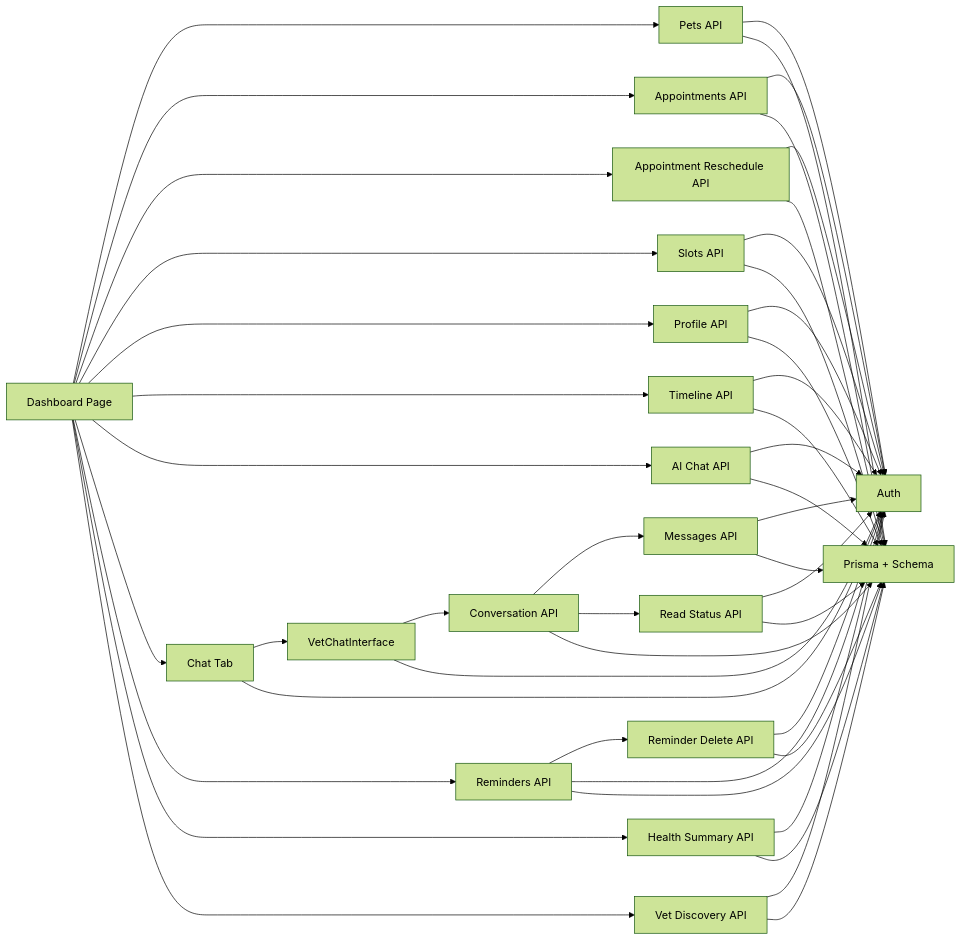
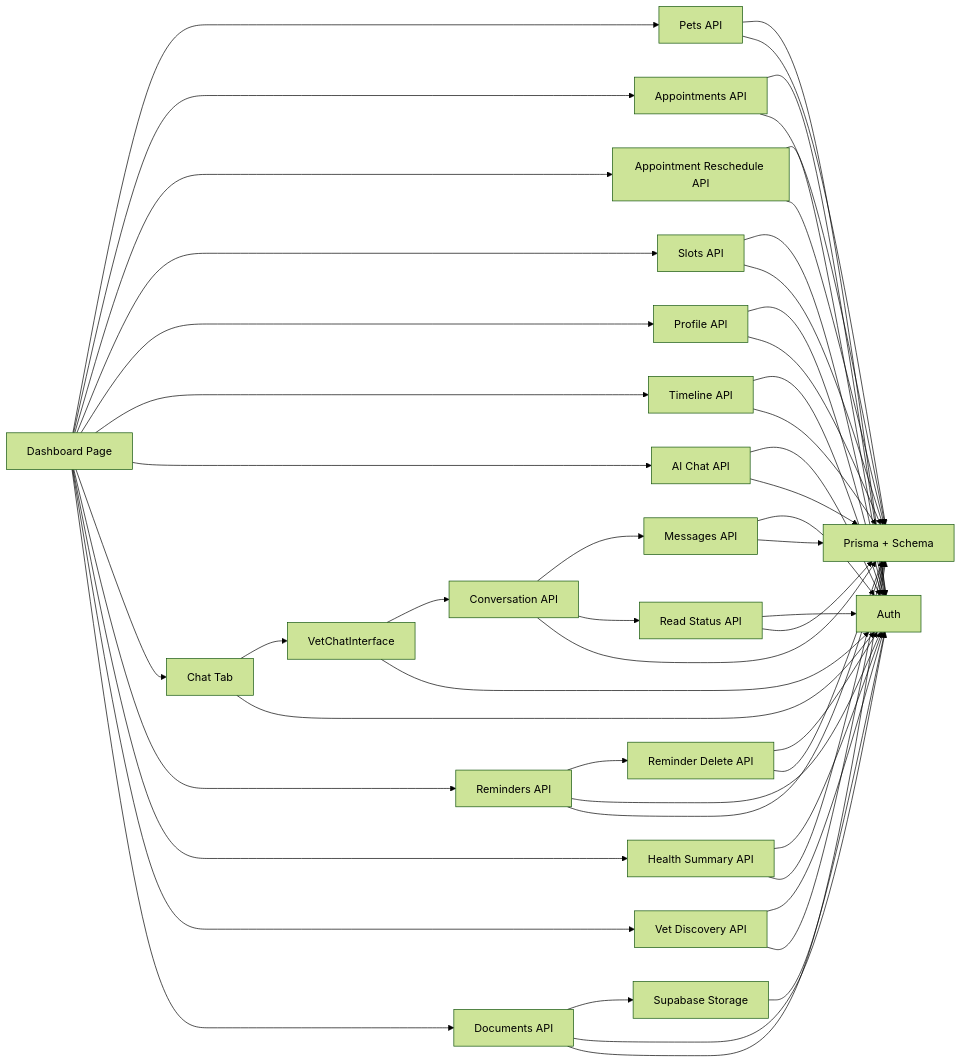
The third of 3 diagrams in .qoder/repowiki/en/content/User Dashboards/Pet Owner Dashboard.md (Javeria-Javaid/ai-powered-pet-healthcare-ecosystem), drawn with Mermaid (forest theme) before and after one commit. The commit also changed other lines of this file and 54 other files, not shown here.

````diff
--- a/.qoder/repowiki/en/content/User Dashboards/Pet Owner Dashboard.md
+++ b/.qoder/repowiki/en/content/User Dashboards/Pet Owner Dashboard.md
@@ -498,48 +566,53 @@
 ```mermaid
 graph LR
 D["Dashboard Page"] --> P["Pets API"]
 D --> A["Appointments API"]
 D --> AR["Appointment Reschedule API"]
 D --> AS["Slots API"]
 D --> R["Profile API"]
 D --> T["Timeline API"]
 D --> C["AI Chat API"]
 D --> CH["Chat Tab"]
 D --> RM["Reminders API"]
 D --> HS["Health Summary API"]
 D --> VD["Vet Discovery API"]
+D --> DM["Documents API"]
 CH --> VCI["VetChatInterface"]
 VCI --> CA["Conversation API"]
 CA --> M["Messages API"]
 CA --> RD["Read Status API"]
 RM --> RMD["Reminder Delete API"]
+DM --> DS["Supabase Storage"]
 P --> AUTH["Auth"]
 A --> AUTH
 AR --> AUTH
 AS --> AUTH
 R --> AUTH
 T --> AUTH
 C --> AUTH
 CH --> AUTH
 VCI --> AUTH
 M --> AUTH
 RD --> AUTH
 RM --> AUTH
 RMD --> AUTH
 HS --> AUTH
 VD --> AUTH
+DM --> AUTH
+DS --> AUTH
 P --> DB["Prisma + Schema"]
 A --> DB
 AR --> DB
 AS --> DB
 R --> DB
 T --> DB
 C --> DB
 CA --> DB
 M --> DB
 RD --> DB
 RM --> DB
 RMD --> DB
 HS --> DB
 VD --> DB
+DM --> DB
 ```
````
